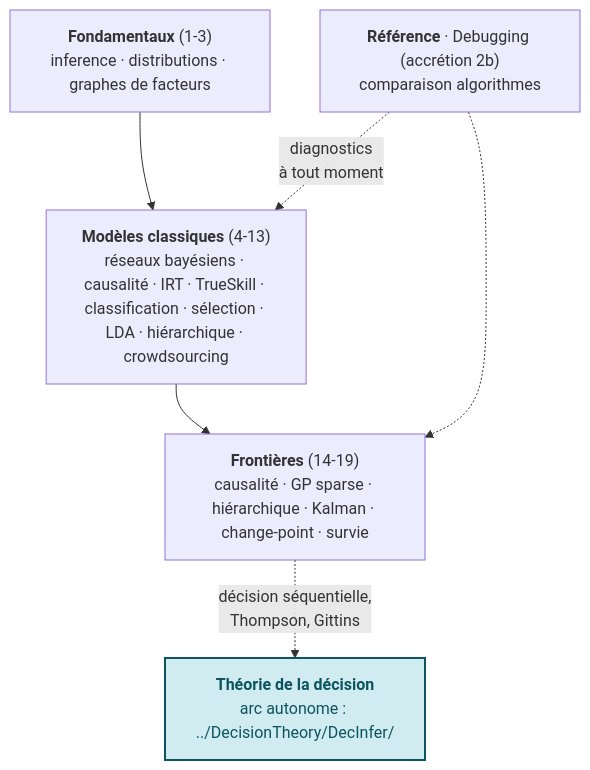
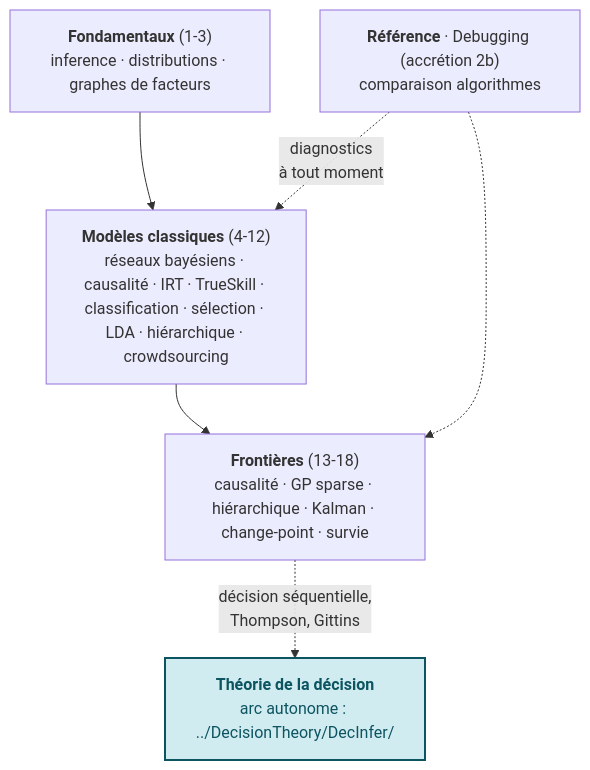
The second of 2 diagrams in MyIA.AI.Notebooks/Probas/Infer/README.md (jsboige/CoursIA), drawn with Mermaid before and after one commit. The commit also changed other lines of this file and 25 other files, not shown here.

````diff
--- a/MyIA.AI.Notebooks/Probas/Infer/README.md
+++ b/MyIA.AI.Notebooks/Probas/Infer/README.md
@@ -300,16 +300,16 @@
 ```mermaid
 flowchart TD
     P1["<b>Fondamentaux</b> (1-3)<br/>inference · distributions · graphes de facteurs"]
-    P2["<b>Modèles classiques</b> (4-13)<br/>réseaux bayésiens · causalité · IRT · TrueSkill · classification · sélection · LDA · hiérarchique · crowdsourcing"]
+    P2["<b>Modèles classiques</b> (4-12)<br/>réseaux bayésiens · causalité · IRT · TrueSkill · classification · sélection · LDA · hiérarchique · crowdsourcing"]
     P5["<b>Référence</b> · Debugging (accrétion 2b)<br/>comparaison algorithmes"]
-    P8["<b>Frontières</b> (14-19)<br/>causalité · GP sparse · hiérarchique · Kalman · change-point · survie"]
+    P8["<b>Frontières</b> (13-18)<br/>causalité · GP sparse · hiérarchique · Kalman · change-point · survie"]
     DT["<b>Théorie de la décision</b><br/>arc autonome : ../DecisionTheory/DecInfer/"]
     P1 --> P2
     P2 --> P8
     P5 -.->|"diagnostics<br/>à tout moment"| P2
     P5 -.-> P8
     P8 -.->|"décision séquentielle,<br/>Thompson, Gittins"| DT
     %% color: explicite -- sans lui, libelle clair sur fond clair en mode sombre GitHub (#15022) ; ne pas harmoniser le ton avec le stroke (libelle sinon illisible)
     classDef decision fill:#d1ecf1,stroke:#0c5460,stroke-width:2px,color:#0c5460;
     class DT decision;
 ```
````
